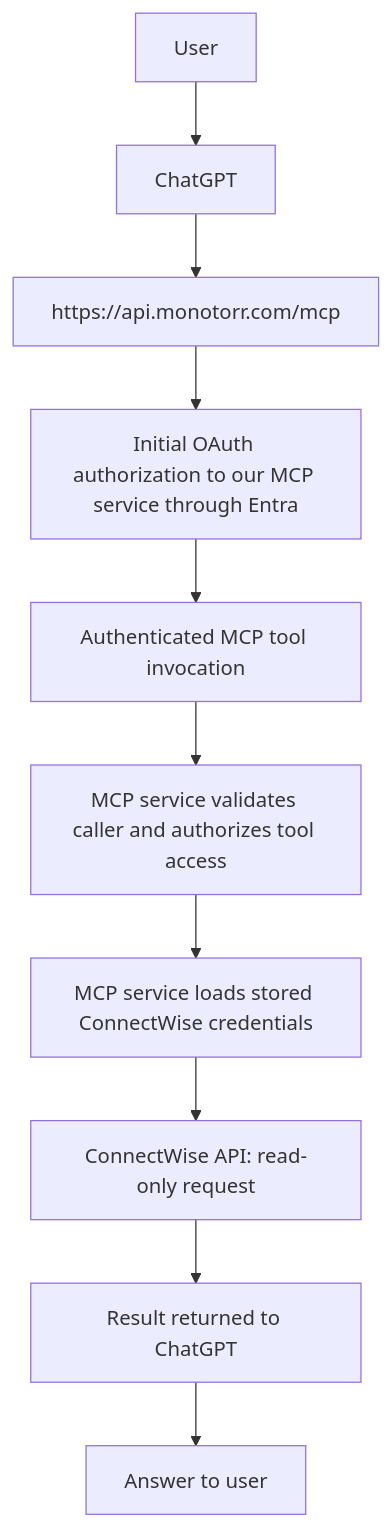
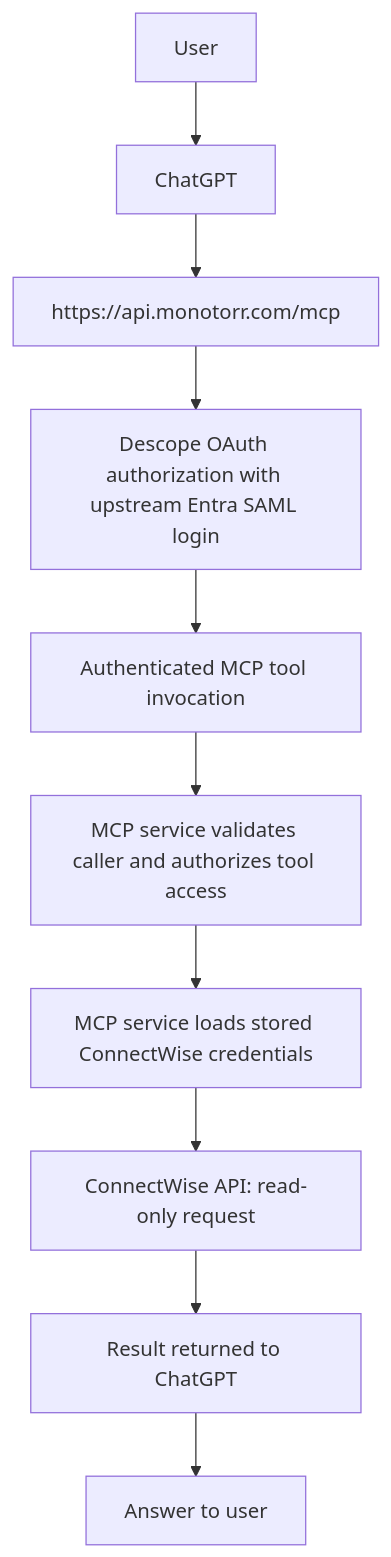
The second of 2 diagrams in docs/CONNECTWISE_MCP_PRODUCT_ARCHITECTURE.md (robleon-git/connectwise-mcp), drawn with Mermaid before and after one commit. The commit also changed other lines of this file and 13 other files, not shown here.

Commit message:
Add Descope MCP authentication

````diff
--- a/docs/CONNECTWISE_MCP_PRODUCT_ARCHITECTURE.md
+++ b/docs/CONNECTWISE_MCP_PRODUCT_ARCHITECTURE.md
@@ -118,12 +118,12 @@
 ```mermaid
 flowchart TD
     U[User] --> G[ChatGPT]
     G --> M[https://api.monotorr.com/mcp]
-    M --> O[Initial OAuth authorization to our MCP service through Entra]
+    M --> O[Descope OAuth authorization with upstream Entra SAML login]
     O --> T[Authenticated MCP tool invocation]
     T --> V[MCP service validates caller and authorizes tool access]
     V --> K[MCP service loads stored ConnectWise credentials]
     K --> C[ConnectWise API: read-only request]
     C --> R[Result returned to ChatGPT]
     R --> A[Answer to user]
 ```
````
